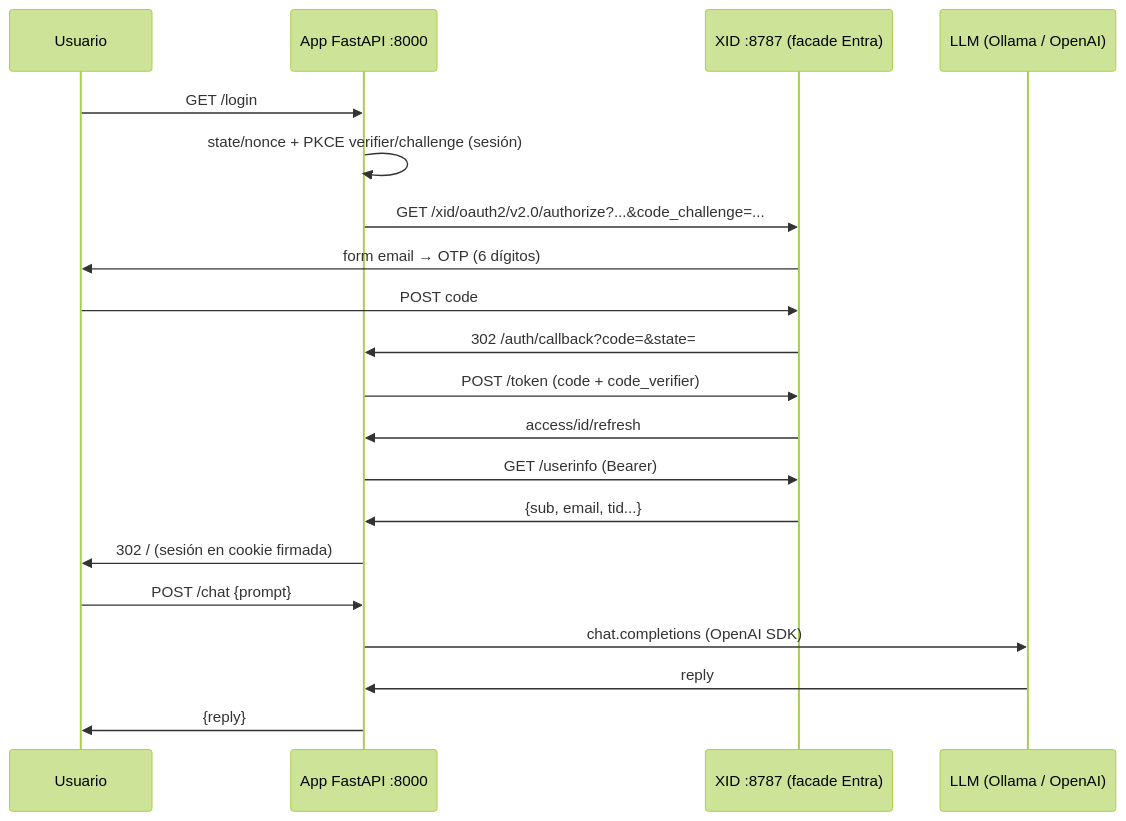
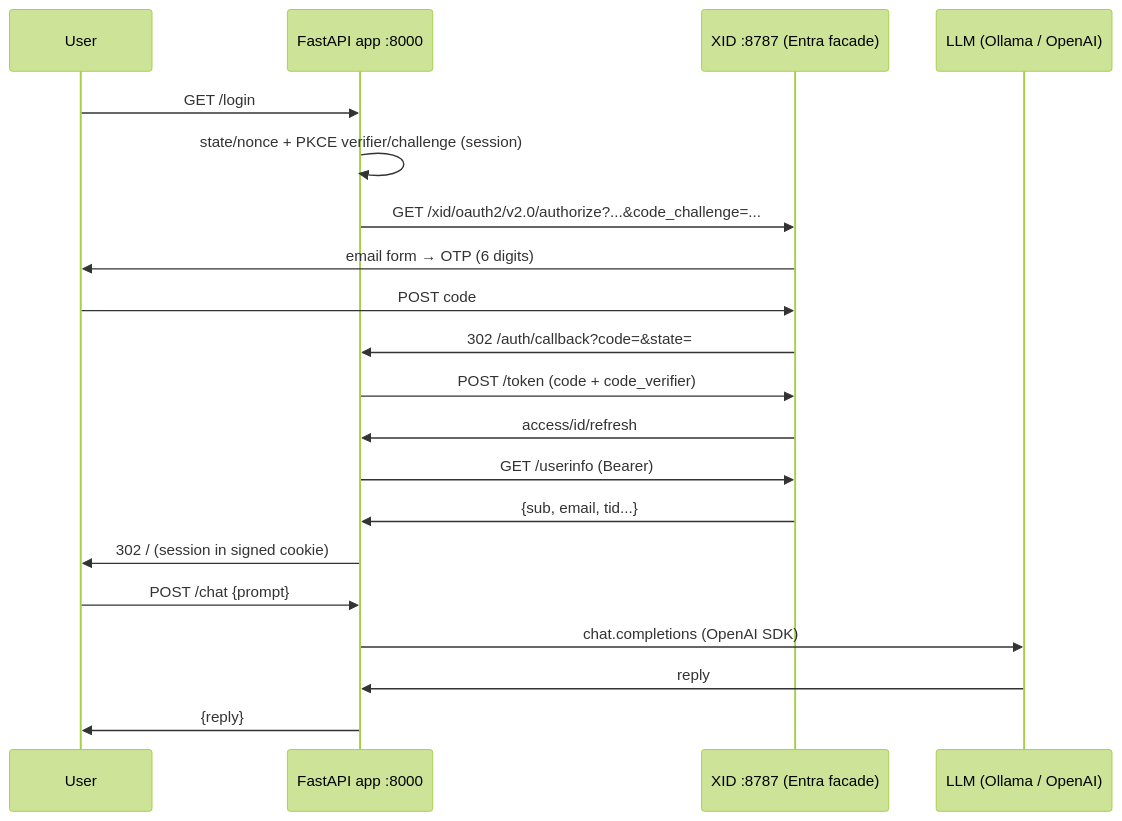
Before and after one commit to kaesar/fast-api-ai: the diagram in README.md, drawn with Mermaid (forest theme). The commit also changed other lines of this file and 4 other files, not shown here.

Commit message:
v0.1.0 Chat WebApp on Python/FastAPI + OpenAI-API/Ollama + OAuth 2.0 (OnMind-XID/Entra-ID). Uses OnMind-CUI web components.

````diff
--- a/README.md
+++ b/README.md
@@ -31,22 +35,22 @@
 ```mermaid
 sequenceDiagram
-  participant U as Usuario
-  participant A as App FastAPI :8000
-  participant X as XID :8787 (facade Entra)
+  participant U as User
+  participant A as FastAPI app :8000
+  participant X as XID :8787 (Entra facade)
   participant L as LLM (Ollama / OpenAI)
   U->>A: GET /login
-  A->>A: state/nonce + PKCE verifier/challenge (sesión)
+  A->>A: state/nonce + PKCE verifier/challenge (session)
   A->>X: GET /xid/oauth2/v2.0/authorize?...&code_challenge=...
-  X->>U: form email → OTP (6 dígitos)
+  X->>U: email form → OTP (6 digits)
   U->>X: POST code
   X->>A: 302 /auth/callback?code=&state=
   A->>X: POST /token (code + code_verifier)
   X->>A: access/id/refresh
   A->>X: GET /userinfo (Bearer)
   X->>A: {sub, email, tid...}
-  A->>U: 302 / (sesión en cookie firmada)
+  A->>U: 302 / (session in signed cookie)
   U->>A: POST /chat {prompt}
   A->>L: chat.completions (OpenAI SDK)
   L->>A: reply
   A->>U: {reply}
 ```
````
